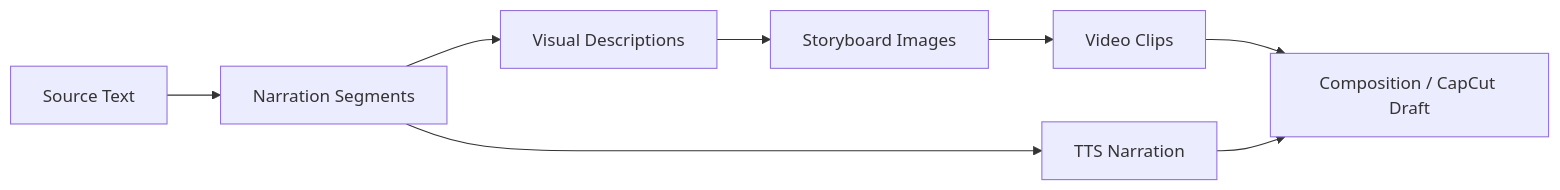
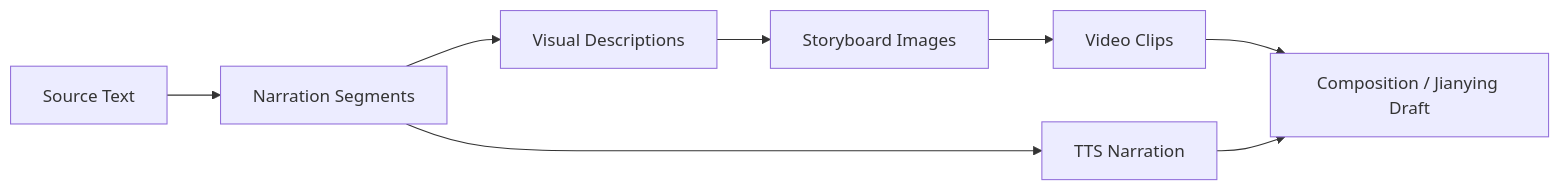
One commit to ArcReel/ArcReel changed the first of 3 diagrams in website/i18n/en/docusaurus-plugin-content-docs/current/guide/workflows.md. Above: the diagram before and after it, drawn with Mermaid. The commit also changed other lines of this file and 9 other files, not shown here.

Commit message:
docs(website): 明确剪映与 CapCut 的产品边界

````diff
--- a/website/i18n/en/docusaurus-plugin-content-docs/current/guide/workflows.md
+++ b/website/i18n/en/docusaurus-plugin-content-docs/current/guide/workflows.md
@@ -98,10 +98,10 @@
 ```mermaid
 flowchart LR
     A["Source Text"] --> B["Narration Segments"]
     B --> C["Visual Descriptions"]
     C --> D["Storyboard Images"]
     D --> E["Video Clips"]
     B --> F["TTS Narration"]
-    E --> G["Composition / CapCut Draft"]
+    E --> G["Composition / Jianying Draft"]
     F --> G
 ```
````
